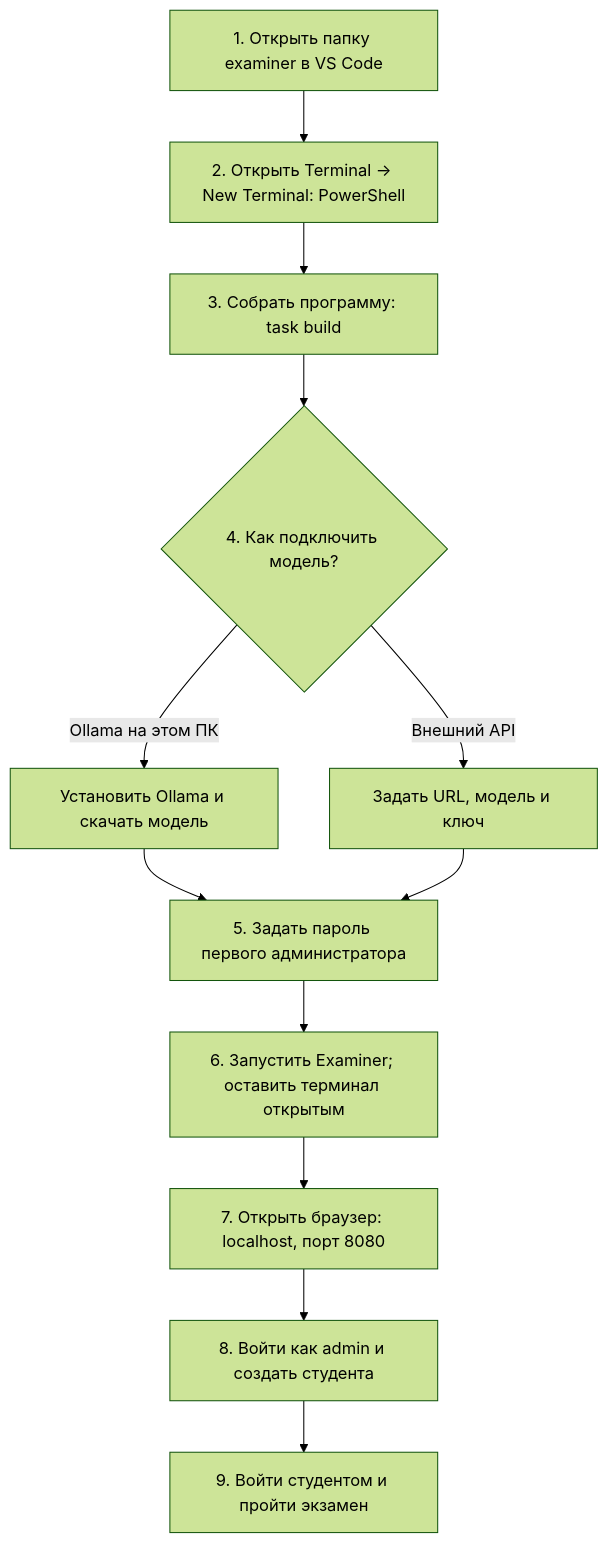
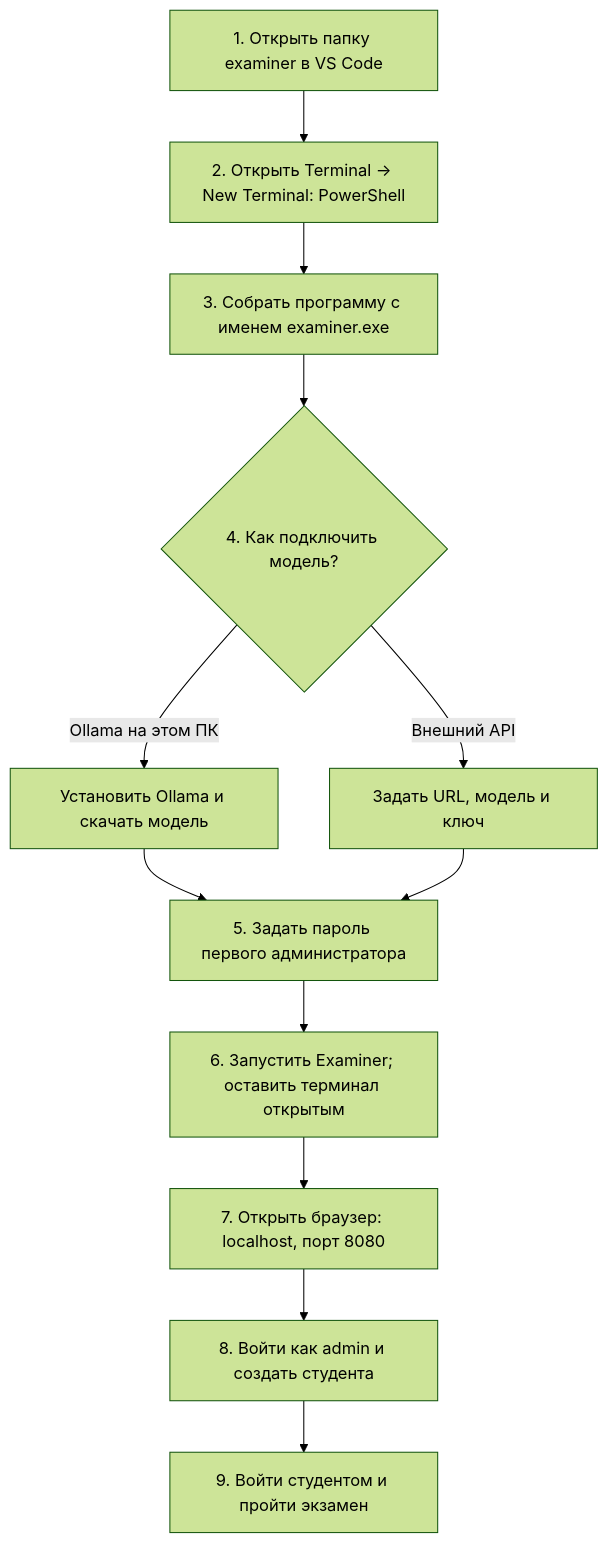
One commit to Fail-404/examiner changed the diagram in docs/development/run-windows-ru.md. Above: the diagram before and after it, drawn with Mermaid (forest theme). The commit also changed other lines of this file and 2 other files, not shown here.

````diff
--- a/docs/development/run-windows-ru.md
+++ b/docs/development/run-windows-ru.md
@@ -12,14 +12,14 @@
 ```mermaid
 flowchart TD
     A["1. Открыть папку examiner в VS Code"] --> B["2. Открыть Terminal → New Terminal: PowerShell"]
-    B --> C["3. Собрать программу: task build"]
+    B --> C["3. Собрать программу с именем examiner.exe"]
     C --> D{"4. Как подключить модель?"}
     D -->|"Ollama на этом ПК"| E["Установить Ollama и скачать модель"]
     D -->|"Внешний API"| F["Задать URL, модель и ключ"]
     E --> G["5. Задать пароль первого администратора"]
     F --> G
     G --> H["6. Запустить Examiner; оставить терминал открытым"]
     H --> I["7. Открыть браузер: localhost, порт 8080"]
     I --> J["8. Войти как admin и создать студента"]
     J --> K["9. Войти студентом и пройти экзамен"]
 ```
````
